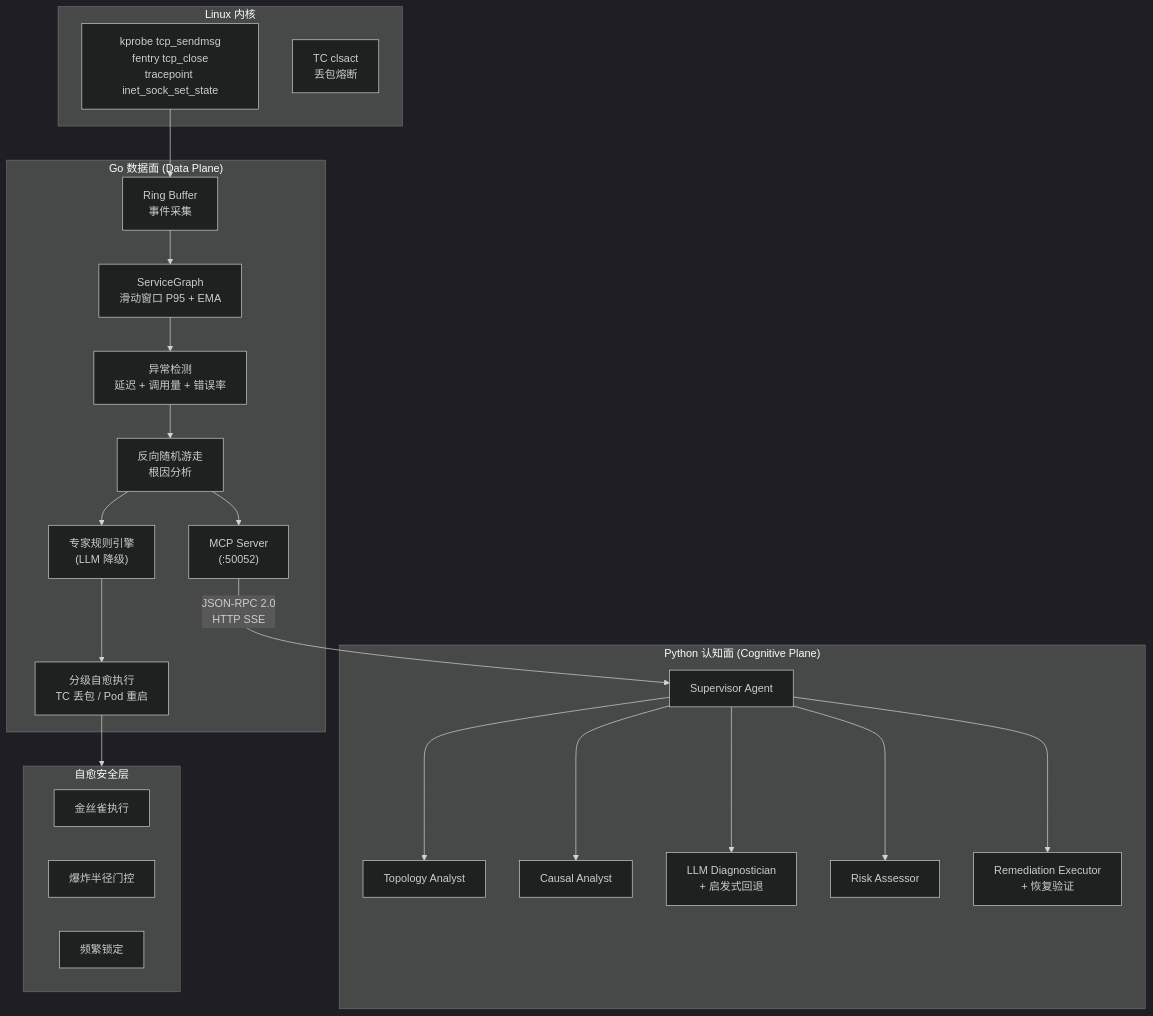
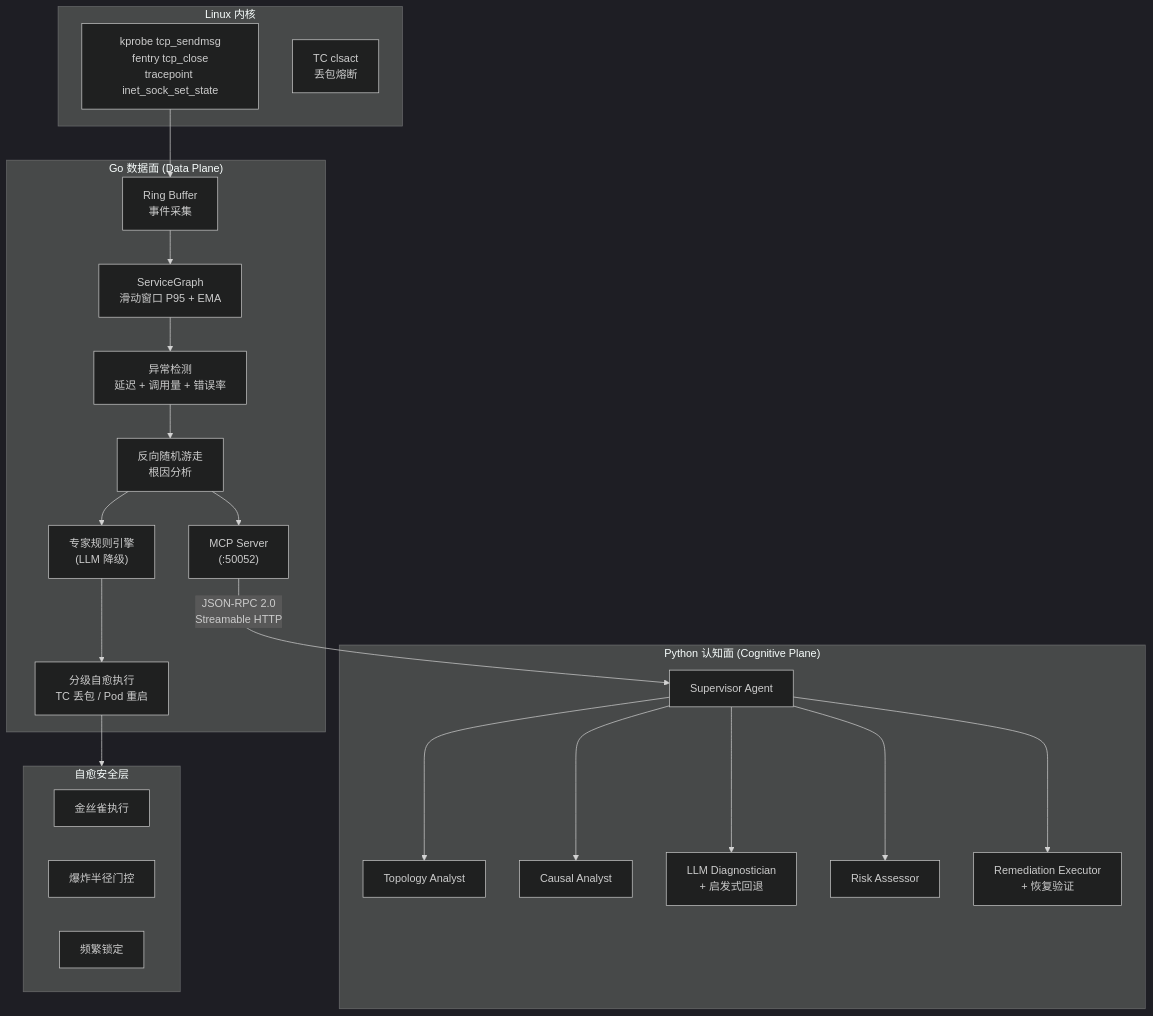
The diagram in README.md (slyslyan/AetherOps), drawn with Mermaid (dark theme) before and after one commit. The commit also changed other lines of this file and 7 other files, not shown here.

First line of the commit message:
refactor(mcp): migrate SSE transport to Streamable HTTP

````diff
--- a/README.md
+++ b/README.md
@@ -14,43 +14,43 @@
 ```mermaid
 flowchart TB
     subgraph Kernel["Linux 内核"]
         A1["kprobe tcp_sendmsg<br/>fentry tcp_close<br/>tracepoint inet_sock_set_state"]
         A2["TC clsact<br/>丢包熔断"]
     end
 
     subgraph Go["Go 数据面 (Data Plane)"]
         B["Ring Buffer<br/>事件采集"]
         C["ServiceGraph<br/>滑动窗口 P95 + EMA"]
         D["异常检测<br/>延迟 + 调用量 + 错误率"]
         E["反向随机游走<br/>根因分析"]
         F["MCP Server<br/>(:50052)"]
         G["专家规则引擎<br/>(LLM 降级)"]
         H["分级自愈执行<br/>TC 丢包 / Pod 重启"]
     end
 
     A1 --> B --> C
     C --> D --> E
     E --> G
     E --> F
     G --> H
 
-    F -- "JSON-RPC 2.0<br/>HTTP SSE" --> I
+    F -- "JSON-RPC 2.0<br/>Streamable HTTP" --> I
 
     subgraph Python["Python 认知面 (Cognitive Plane)"]
         I["Supervisor Agent"]
         J["Topology Analyst"]
         K["Causal Analyst"]
         L["LLM Diagnostician<br/>+ 启发式回退"]
         M["Risk Assessor"]
         N["Remediation Executor<br/>+ 恢复验证"]
         I --> J & K & L & M & N
     end
 
     subgraph Safety["自愈安全层"]
         O["金丝雀执行"]
         P["爆炸半径门控"]
         Q["频繁锁定"]
     end
 
     H --> Safety
 ```
````
